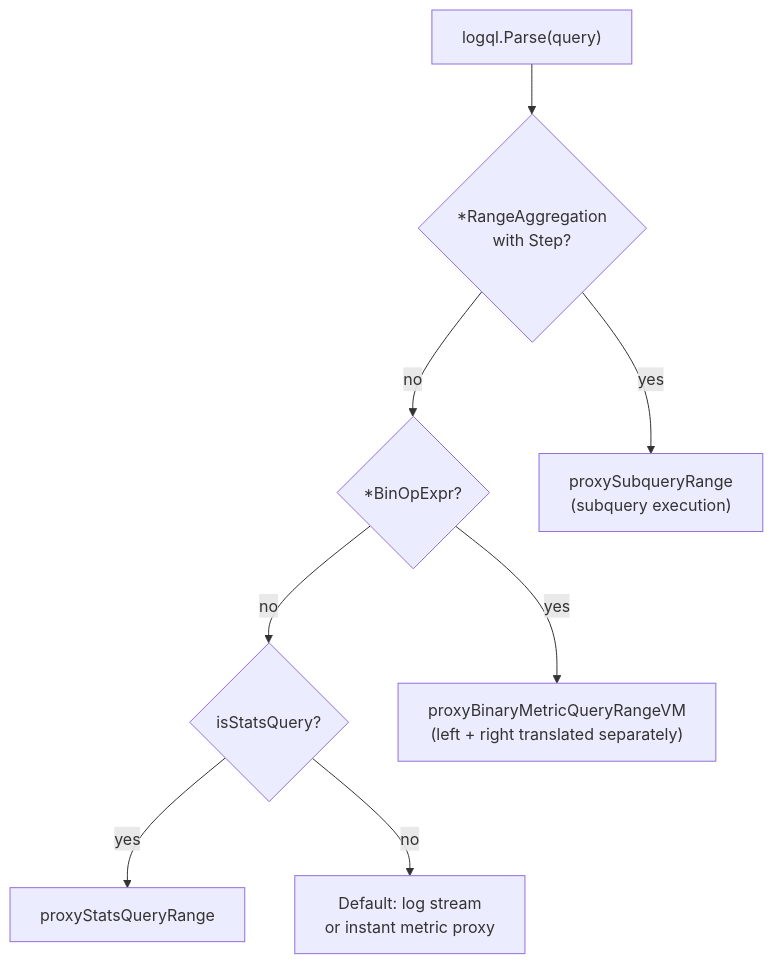
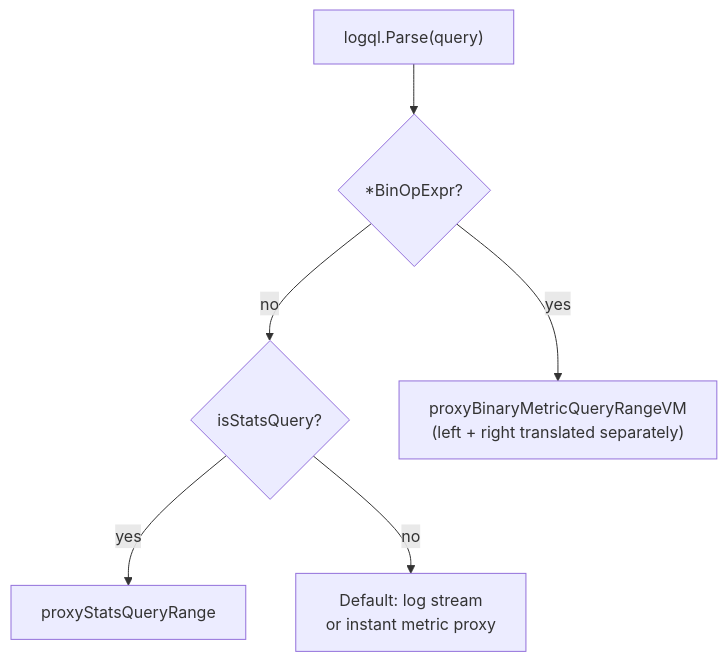
Before and after one commit to ReliablyObserve/loki-vl-proxy: the third of 3 diagrams in docs/logql-parser.md, drawn with Mermaid. The commit also changed other lines of this file and 46 other files, not shown here.

````diff
--- a/docs/logql-parser.md
+++ b/docs/logql-parser.md
@@ -289,16 +289,13 @@
 ```mermaid
 flowchart TD
     P["logql.Parse(query)"]
-    RA{"*RangeAggregation\nwith Step?"}
     BE{"*BinOpExpr?"}
     ST{"isStatsQuery?"}
     LQ["Default: log stream\nor instant metric proxy"]
 
-    P --> RA
-    RA -- yes --> SQ["proxySubqueryRange\n(subquery execution)"]
-    RA -- no --> BE
+    P --> BE
     BE -- yes --> BM["proxyBinaryMetricQueryRangeVM\n(left + right translated separately)"]
     BE -- no --> ST
     ST -- yes --> SP["proxyStatsQueryRange"]
     ST -- no --> LQ
 ```
````
